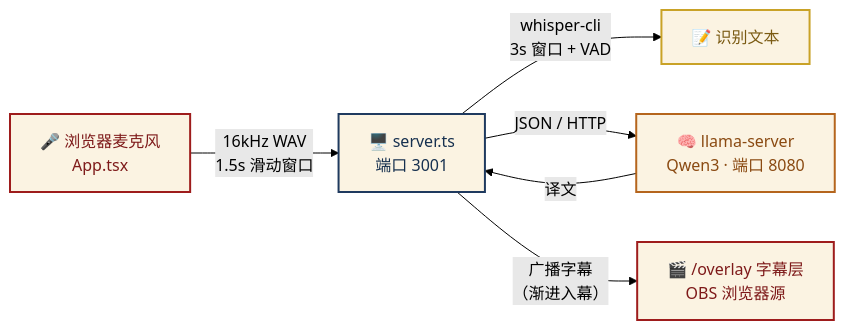
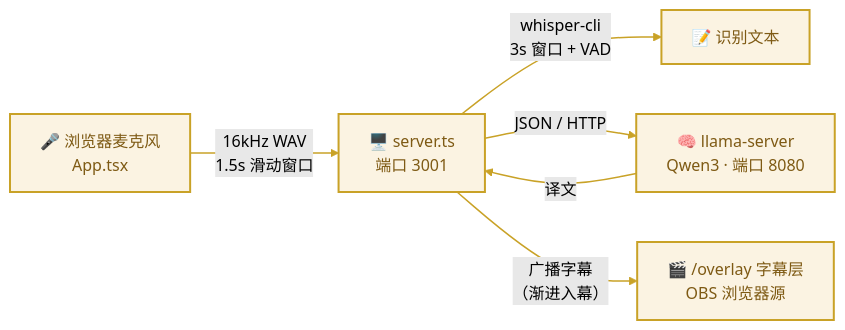
The diagram in README.md (sunnnnnshineeee-bit/live-translator), drawn with Mermaid (forest theme) before and after one commit. The commit also changed other lines of this file and 1 other file, not shown here.

Commit message:
docs: thinner divider, strip heading emojis, unify mermaid to cream & gold

````diff
--- a/README.md
+++ b/README.md
@@ -49,18 +49,11 @@
 ```mermaid
 flowchart LR
     A["🎤 浏览器麦克风<br/>App.tsx"] -- "16kHz WAV<br/>1.5s 滑动窗口" --> B["🖥️ server.ts<br/>端口 3001"]
     B -- "whisper-cli<br/>3s 窗口 + VAD" --> C["📝 识别文本"]
     B -- "JSON / HTTP" --> D["🧠 llama-server<br/>Qwen3 · 端口 8080"]
     D -- "译文" --> B
     B -- "广播字幕<br/>（渐进入幕）" --> E["🎬 /overlay 字幕层<br/>OBS 浏览器源"]
-    classDef mic fill:#FBF3E2,stroke:#9E1C1C,color:#7E1A1A,stroke-width:2px
-    classDef srv fill:#FBF3E2,stroke:#1F3A5F,color:#16304F,stroke-width:2px
-    classDef txt fill:#FBF3E2,stroke:#C9A227,color:#7A5A12,stroke-width:2px
-    classDef qw fill:#FBF3E2,stroke:#B5651D,color:#8A4A12,stroke-width:2px
-    classDef ov fill:#FBF3E2,stroke:#9E1C1C,color:#7E1A1A,stroke-width:2px
-    class A mic
-    class B srv
-    class C txt
-    class D qw
-    class E ov
+    classDef cls fill:#FBF3E2,stroke:#C9A227,color:#7E5A14,stroke-width:2px
+    class A,B,C,D,E cls
+    linkStyle default stroke:#C9A227,stroke-width:1.5px
 ```
````
